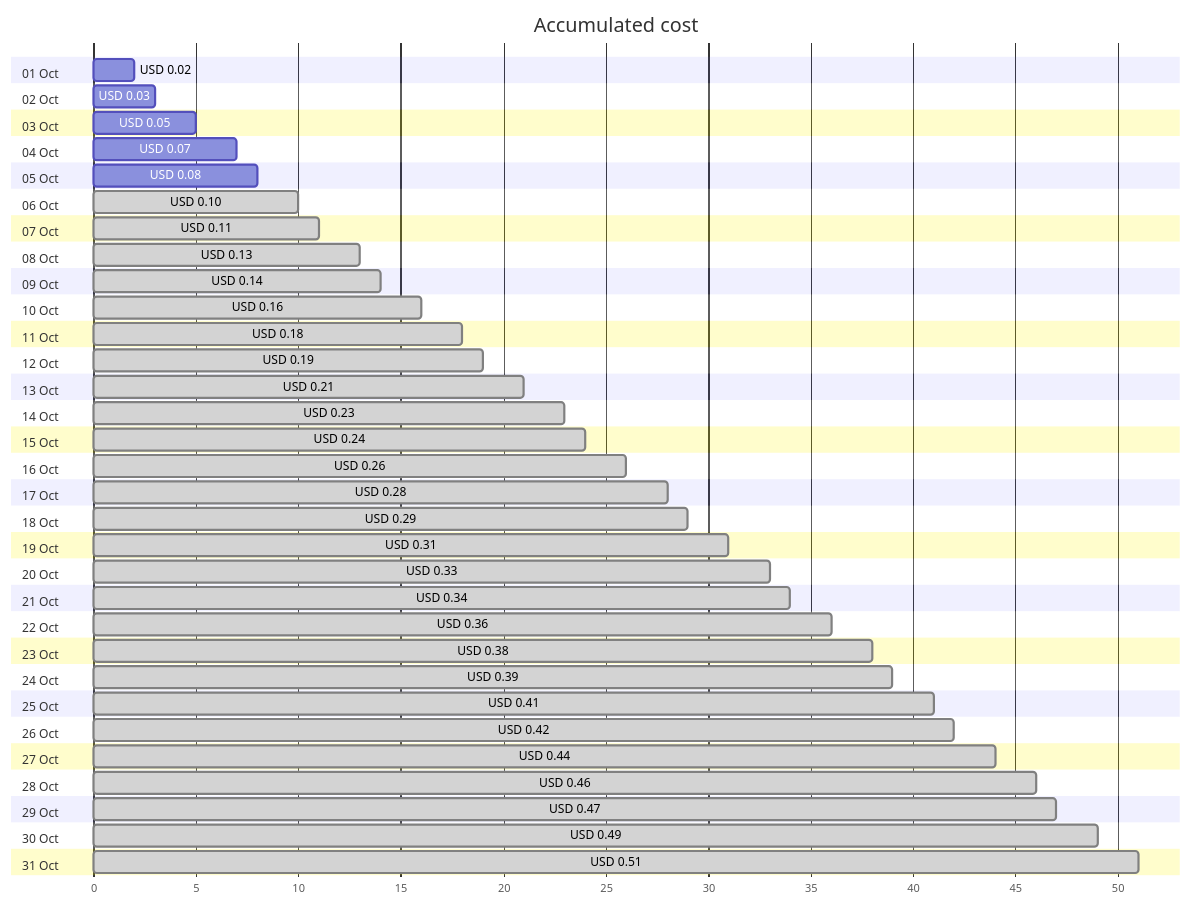
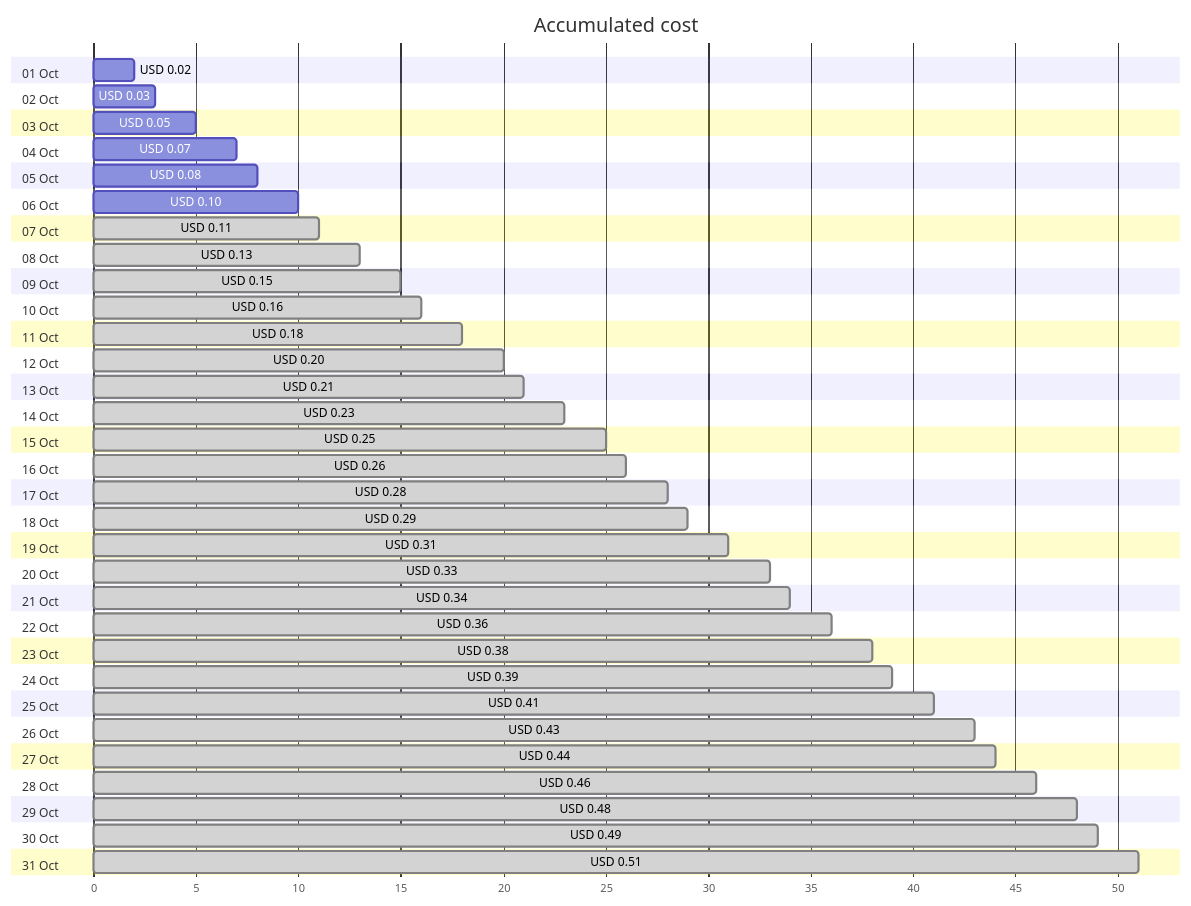
One commit to jpfulton/azure-personal-reports changed the first of 4 diagrams in cost-reports/personal-dns/jpatrickfulton.dev.md. Above: the diagram before and after it, drawn with Mermaid. The commit also changed other lines of this file and 2 other files, not shown here.

````diff
--- a/cost-reports/personal-dns/jpatrickfulton.dev.md
+++ b/cost-reports/personal-dns/jpatrickfulton.dev.md
@@ -20,68 +20,68 @@
 ```mermaid
 gantt
    title Accumulated cost
    dateFormat  X
    axisFormat %s
    section 01 Oct
    USD 0.02 :0, 2
    section 02 Oct
    USD 0.03 :0, 3
    section 03 Oct
    USD 0.05 :0, 5
    section 04 Oct
    USD 0.07 :0, 7
    section 05 Oct
    USD 0.08 :0, 8
    section 06 Oct
-   USD 0.10 : done, 0, 10
+   USD 0.10 :0, 10
    section 07 Oct
    USD 0.11 : done, 0, 11
    section 08 Oct
    USD 0.13 : done, 0, 13
    section 09 Oct
-   USD 0.14 : done, 0, 14
+   USD 0.15 : done, 0, 15
    section 10 Oct
    USD 0.16 : done, 0, 16
    section 11 Oct
    USD 0.18 : done, 0, 18
    section 12 Oct
-   USD 0.19 : done, 0, 19
+   USD 0.20 : done, 0, 20
    section 13 Oct
    USD 0.21 : done, 0, 21
    section 14 Oct
    USD 0.23 : done, 0, 23
    section 15 Oct
-   USD 0.24 : done, 0, 24
+   USD 0.25 : done, 0, 25
    section 16 Oct
    USD 0.26 : done, 0, 26
    section 17 Oct
    USD 0.28 : done, 0, 28
    section 18 Oct
    USD 0.29 : done, 0, 29
    section 19 Oct
    USD 0.31 : done, 0, 31
    section 20 Oct
    USD 0.33 : done, 0, 33
    section 21 Oct
    USD 0.34 : done, 0, 34
    section 22 Oct
    USD 0.36 : done, 0, 36
    section 23 Oct
    USD 0.38 : done, 0, 38
    section 24 Oct
    USD 0.39 : done, 0, 39
    section 25 Oct
    USD 0.41 : done, 0, 41
    section 26 Oct
-   USD 0.42 : done, 0, 42
+   USD 0.43 : done, 0, 43
    section 27 Oct
    USD 0.44 : done, 0, 44
    section 28 Oct
    USD 0.46 : done, 0, 46
    section 29 Oct
-   USD 0.47 : done, 0, 47
+   USD 0.48 : done, 0, 48
    section 30 Oct
    USD 0.49 : done, 0, 49
    section 31 Oct
    USD 0.51 : done, 0, 51
 ```
````
